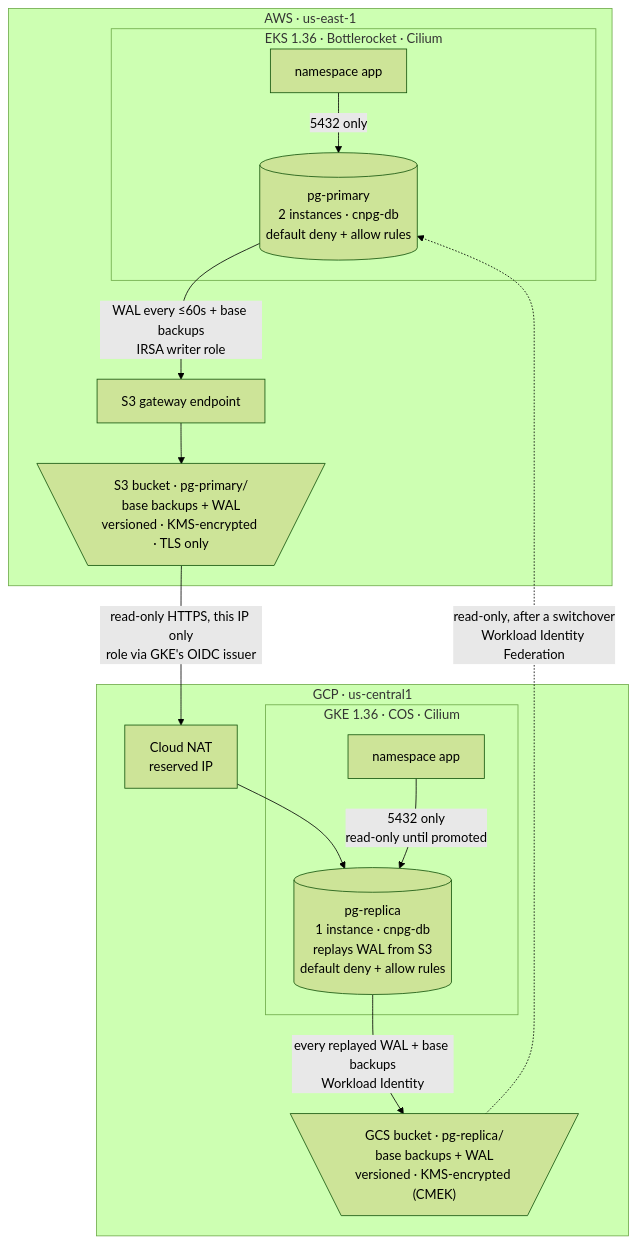
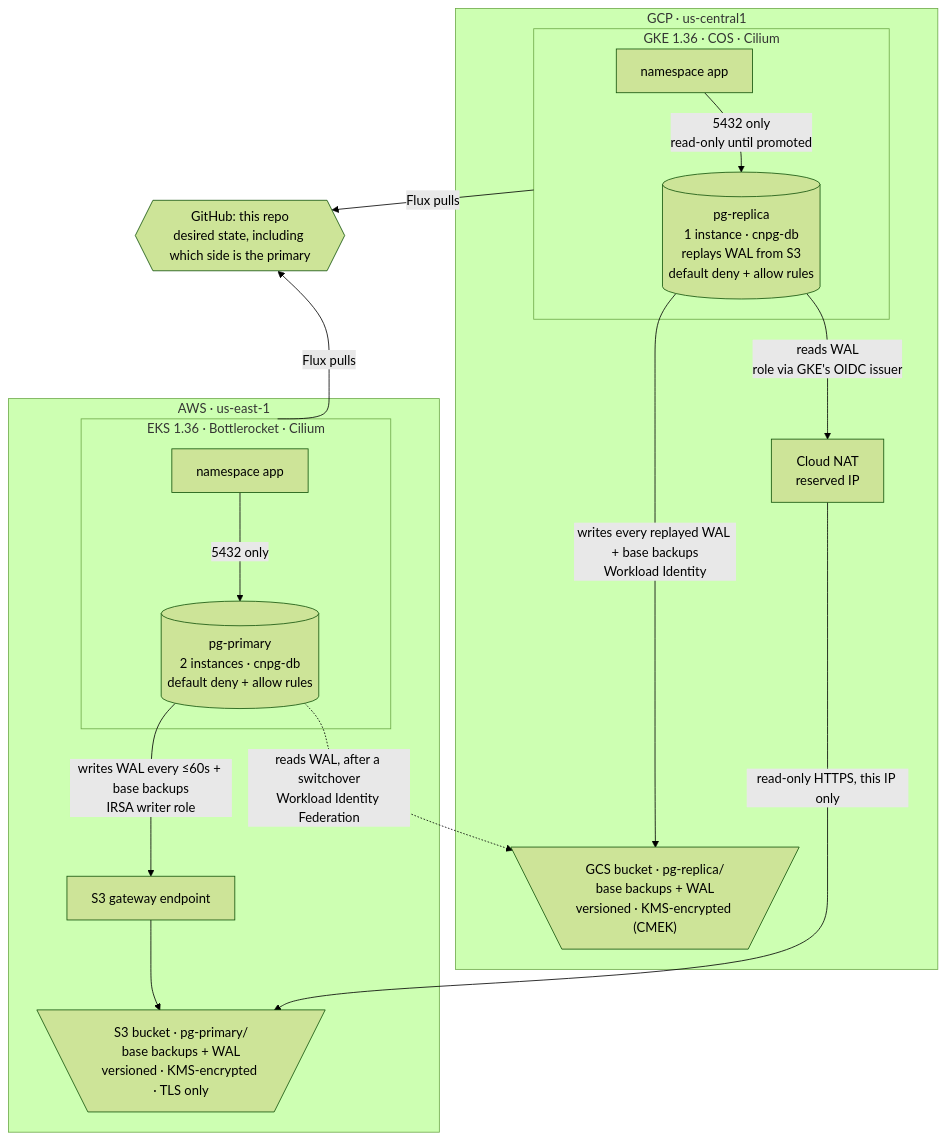
One commit to william-stewart/poc-multicloud-postgres changed the diagram in README.md. Above: the diagram before and after it, drawn with Mermaid (forest theme). The commit also changed other lines of this file, not shown here.

Commit message:
docs(readme): make the diagram consistent and its caption honest
Arrows mixed data direction (S3 to the replica) with connection direction
(the app to its database), which hid the egress-only design. Every arrow
now points from the side that connects, a legend explains arrows and
shapes, and the git repository Flux pulls from, which decides the
primary, is drawn.

The caption said the replica's lag is bounded by archive_timeout. That
holds only while both archives are healthy; it grows for as long as the
primary can't reach its archive. The caption now says so, along with
what WAL shipping trades for not linking the networks.

````diff
--- a/README.md
+++ b/README.md
@@ -12,29 +12,34 @@
 ```mermaid
 flowchart TB
+  git{{"GitHub: this repo<br/>desired state, including which side is the primary"}}
+
   subgraph AWS["AWS · us-east-1"]
     subgraph EKS["EKS 1.36 · Bottlerocket · Cilium"]
       app["namespace app"]
       primary[("pg-primary<br/>2 instances · cnpg-db<br/>default deny + allow rules")]
     end
     vpce["S3 gateway endpoint"]
     s3[\"S3 bucket · pg-primary/<br/>base backups + WAL<br/>versioned · KMS-encrypted · TLS only"/]
   end
 
   subgraph GCP["GCP · us-central1"]
     subgraph GKE["GKE 1.36 · COS · Cilium"]
       app2["namespace app"]
       replica[("pg-replica<br/>1 instance · cnpg-db<br/>replays WAL from S3<br/>default deny + allow rules")]
     end
     nat["Cloud NAT<br/>reserved IP"]
     gcs[\"GCS bucket · pg-replica/<br/>base backups + WAL<br/>versioned · KMS-encrypted (CMEK)"/]
   end
 
+  git ~~~ AWS
+  EKS -- "Flux pulls" --> git
+  GKE -- "Flux pulls" --> git
   app -- "5432 only" --> primary
-  primary -- "WAL every ≤60s + base backups<br/>IRSA writer role" --> vpce
+  primary -- "writes WAL every ≤60s + base backups<br/>IRSA writer role" --> vpce
   vpce --> s3
-  s3 -- "read-only HTTPS, this IP only<br/>role via GKE's OIDC issuer" --> nat
-  nat --> replica
-  replica -- "every replayed WAL + base backups<br/>Workload Identity" --> gcs
+  replica -- "reads WAL<br/>role via GKE's OIDC issuer" --> nat
+  nat -- "read-only HTTPS, this IP only" --> s3
+  replica -- "writes every replayed WAL + base backups<br/>Workload Identity" --> gcs
   app2 -- "5432 only<br/>read-only until promoted" --> replica
-  gcs -. "read-only, after a switchover<br/>Workload Identity Federation" .-> primary
+  primary -. "reads WAL, after a switchover<br/>Workload Identity Federation" .-> gcs
 ```
````
